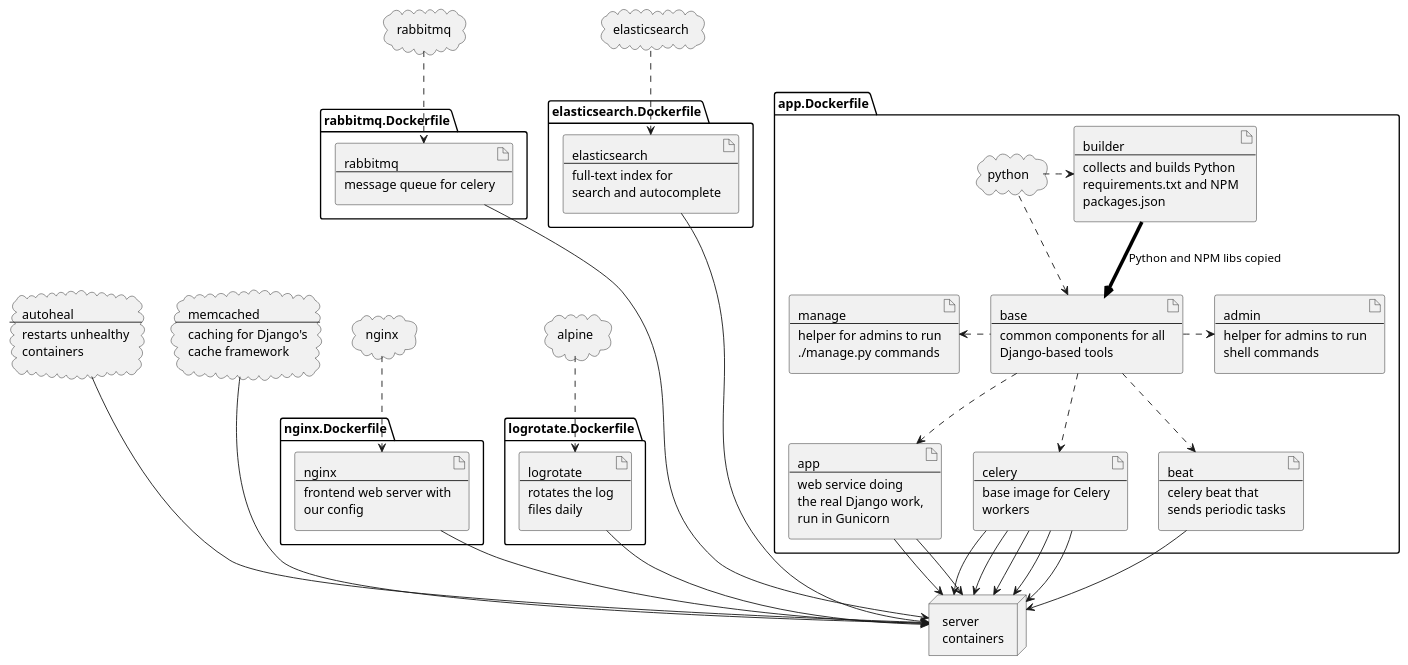
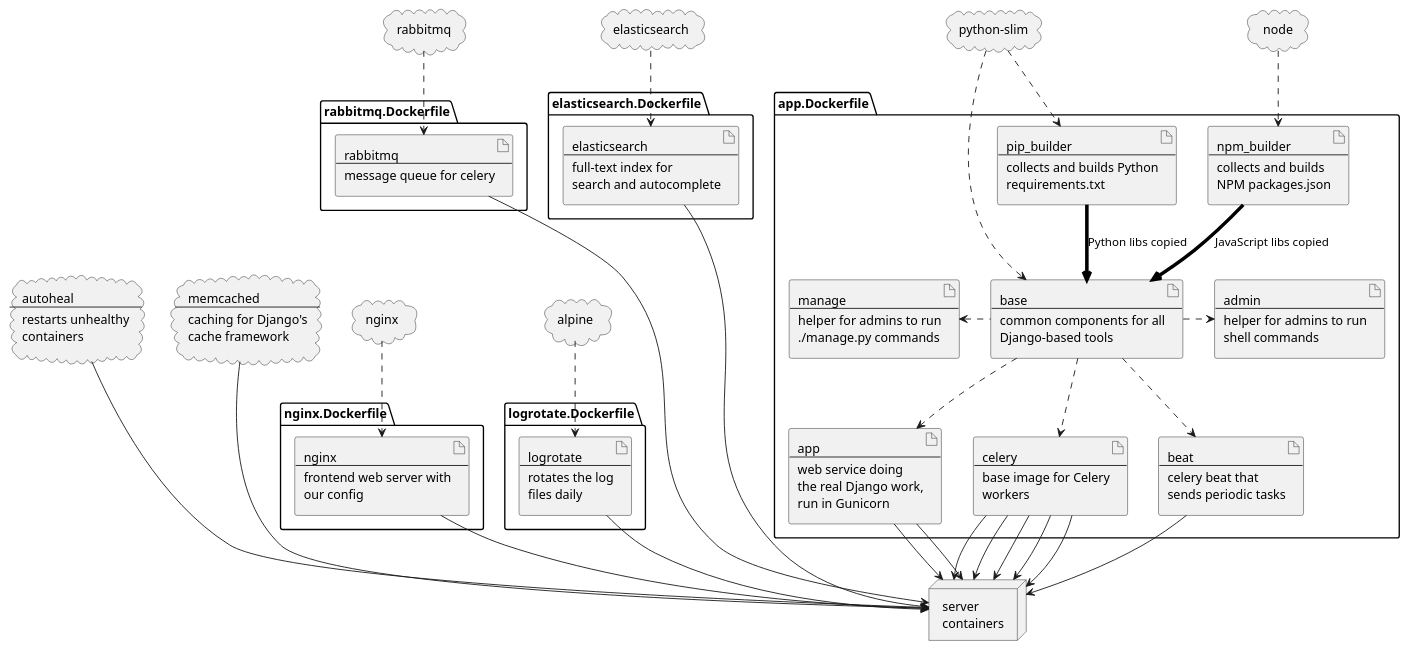
The diagram in instructions/dockerfiles.puml (sfu-fas/coursys), drawn with PlantUML before and after one commit. The commit also changed 1 other file, not shown here.

Commit message:
update dockerfiles diagram

```diff
--- a/instructions/dockerfiles.puml
+++ b/instructions/dockerfiles.puml
@@ -1,141 +1,150 @@
 @startuml
+
+cloud python as "python-slim"
+cloud node
 
 package "app.Dockerfile" {
 
-    artifact builder [
-        builder
+    artifact pip_builder [
+        pip_builder
         ----
         collects and builds Python
-        requirements.txt and NPM
-        packages.json
+        requirements.txt
+    ]
+    artifact npm_builder [
+        npm_builder
+        ----
+        collects and builds
+        NPM packages.json
     ]
     artifact base [
         base
         ----
         common components for all
         Django-based tools
     ]
     artifact app [
         app
         ----
         web service doing
         the real Django work,
         run in Gunicorn
     ]
     artifact celery [
         celery
         ----
         base image for Celery
         workers
     ]
     artifact beat [
         beat
         ----
         celery beat that
         sends periodic tasks
     ]
     artifact manage [
         manage
         ----
         helper for admins to run
         ./manage.py commands
     ]
     artifact admin [
         admin
         ----
         helper for admins to run
         shell commands
     ]
 
-    builder -[#black,thickness=4]-> base :  Python and NPM libs copied
+    pip_builder -[#black,thickness=4]-> base : Python libs copied
+    npm_builder -[#black,thickness=4]-> base : JavaScript libs copied
     base ..> app
     base ..> celery
     base ..> beat
     manage <. base
     base .> admin
 
-    cloud python
-    python .> builder
+    node ..> npm_builder
+    python ..> pip_builder
     python ..> base
 
 }
 
 package "nginx.Dockerfile" {
     artifact nginx [
         nginx
         ----
         frontend web server with
         our config
     ]
 }
 
 cloud nginx as nginx_base
 nginx_base ..> nginx
 
 package "logrotate.Dockerfile" {
     artifact logrotate [
         logrotate
         ----
         rotates the log
         files daily
     ]
 }
 
 cloud alpine
 alpine ..> logrotate
 
 package "rabbitmq.Dockerfile" {
     artifact rabbitmq [
         rabbitmq
         ----
         message queue for celery
     ]
 }
 
 cloud rabbitmq as rabbitmq_base
 rabbitmq_base ..> rabbitmq
 
 package "elasticsearch.Dockerfile" {
     artifact elasticsearch [
         elasticsearch
         ----
         full-text index for
         search and autocomplete
     ]
 }
 
 cloud elasticsearch as elasticsearch_base
 elasticsearch_base ..> elasticsearch
 
 
 cloud autoheal [
     autoheal
     ----
     restarts unhealthy
     containers
 ]
 cloud memcached [
     memcached
     ----
     caching for Django's
     cache framework
 ]
 
 node "server\ncontainers" as server
 
 app --> server
 app --> server
 celery --> server
 celery --> server
 celery --> server
 celery --> server
 celery --> server
 beat --> server
 nginx --> server
 logrotate --> server
 rabbitmq ----> server
 elasticsearch ----> server
 autoheal ---> server
 memcached ---> server
 
 @enduml
```
